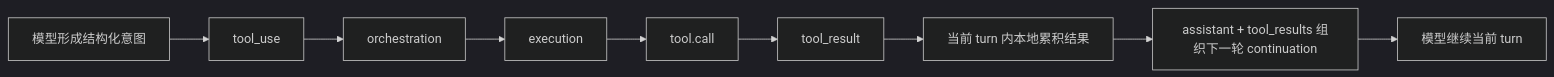
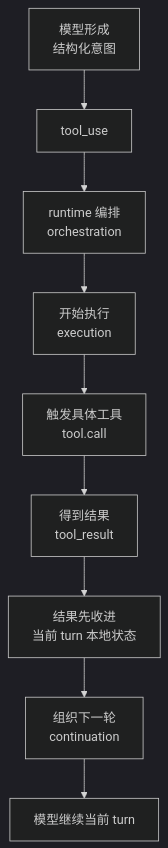
One commit to T0UGH/claude-code-source-guide changed the diagram in docs/guidebookv2/volume-1/04-how-intent-becomes-execution.md. Above: the diagram before and after it, drawn with Mermaid (dark theme).

Commit message:
improve mobile readability of volume-1 article 04 diagram

````diff
--- a/docs/guidebookv2/volume-1/04-how-intent-becomes-execution.md
+++ b/docs/guidebookv2/volume-1/04-how-intent-becomes-execution.md
@@ -48,11 +48,11 @@
 ```mermaid
-flowchart LR
-    M[模型形成结构化意图] --> TU[tool_use]
-    TU --> O[orchestration]
-    O --> E[execution]
-    E --> C[tool.call]
-    C --> R[tool_result]
-    R --> A[当前 turn 内本地累积结果]
-    A --> RT[assistant + tool_results 组织下一轮 continuation]
+flowchart TB
+    M[模型形成<br/>结构化意图] --> TU[tool_use]
+    TU --> O[runtime 编排<br/>orchestration]
+    O --> E[开始执行<br/>execution]
+    E --> C[触发具体工具<br/>tool.call]
+    C --> R[得到结果<br/>tool_result]
+    R --> A[结果先收进<br/>当前 turn 本地状态]
+    A --> RT[组织下一轮<br/>continuation]
     RT --> M2[模型继续当前 turn]
 ```
````
